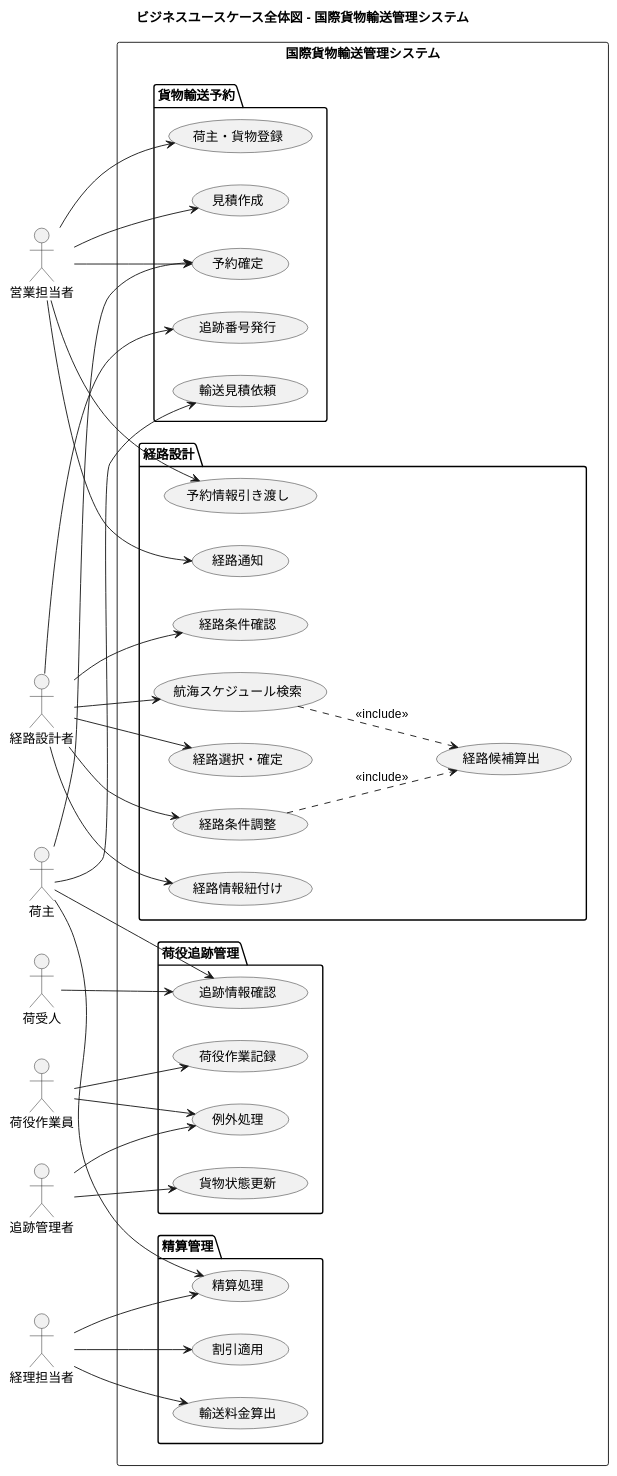
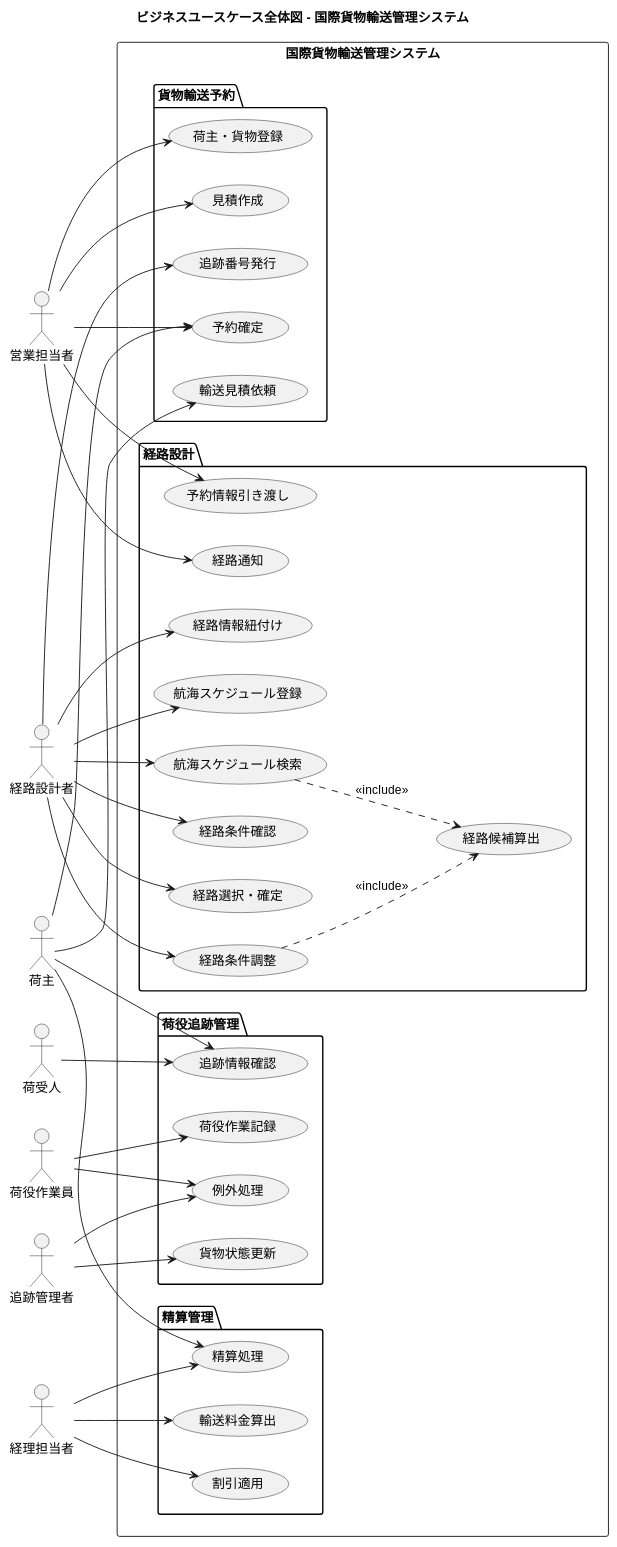
Before and after one commit to k2works/case-study-cargo-tracker: the diagram in docs/requirements/business_usecase.md, drawn with PlantUML. The commit also changed other lines of this file and 3 other files, not shown here.

````diff
--- a/docs/requirements/business_usecase.md
+++ b/docs/requirements/business_usecase.md
@@ -14,74 +14,76 @@
 ```plantuml
 @startuml
 
 title ビジネスユースケース全体図 - 国際貨物輸送管理システム
 
 left to right direction
 
 actor 荷主
 actor 荷受人
 actor 営業担当者
 actor 経路設計者
 actor 追跡管理者
 actor 荷役作業員
 actor 経理担当者
 
 rectangle 国際貨物輸送管理システム {
   package 貨物輸送予約 {
     usecase "輸送見積依頼" as BUC01
     usecase "見積作成" as BUC02
     usecase "荷主・貨物登録" as BUC03
     usecase "予約確定" as BUC04
     usecase "追跡番号発行" as BUC05
   }
   package 経路設計 {
+    usecase "航海スケジュール登録" as BUC21
     usecase "予約情報引き渡し" as BUC06
     usecase "経路条件確認" as BUC07
     usecase "航海スケジュール検索" as BUC08
     usecase "経路候補算出" as BUC09
     usecase "経路選択・確定" as BUC10
     usecase "経路条件調整" as BUC11
     usecase "経路情報紐付け" as BUC12
     usecase "経路通知" as BUC13
   }
   package 荷役追跡管理 {
     usecase "荷役作業記録" as BUC14
     usecase "貨物状態更新" as BUC15
     usecase "追跡情報確認" as BUC16
     usecase "例外処理" as BUC17
   }
   package 精算管理 {
     usecase "輸送料金算出" as BUC18
     usecase "割引適用" as BUC19
     usecase "精算処理" as BUC20
   }
 }
 
 荷主 --> BUC01
 荷主 --> BUC04
 荷主 --> BUC16
 荷受人 --> BUC16
 営業担当者 --> BUC02
 営業担当者 --> BUC03
 営業担当者 --> BUC04
 営業担当者 --> BUC06
 営業担当者 --> BUC13
+経路設計者 --> BUC21
 経路設計者 --> BUC07
 経路設計者 --> BUC08
 経路設計者 --> BUC10
 経路設計者 --> BUC11
 経路設計者 --> BUC12
 経路設計者 --> BUC05
 BUC08 ..> BUC09 : <<include>>
 BUC11 ..> BUC09 : <<include>>
 荷役作業員 --> BUC14
 荷役作業員 --> BUC17
 追跡管理者 --> BUC15
 追跡管理者 --> BUC17
 経理担当者 --> BUC18
 経理担当者 --> BUC19
 経理担当者 --> BUC20
 荷主 --> BUC20
 
 @enduml
 ```
````
